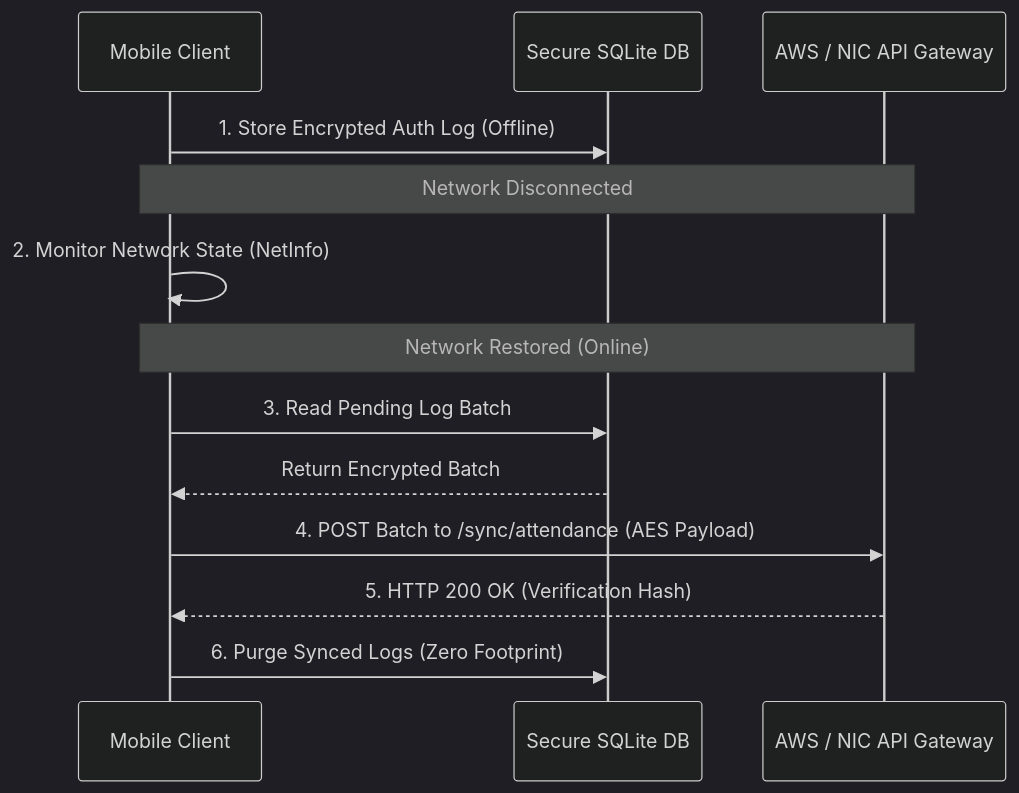
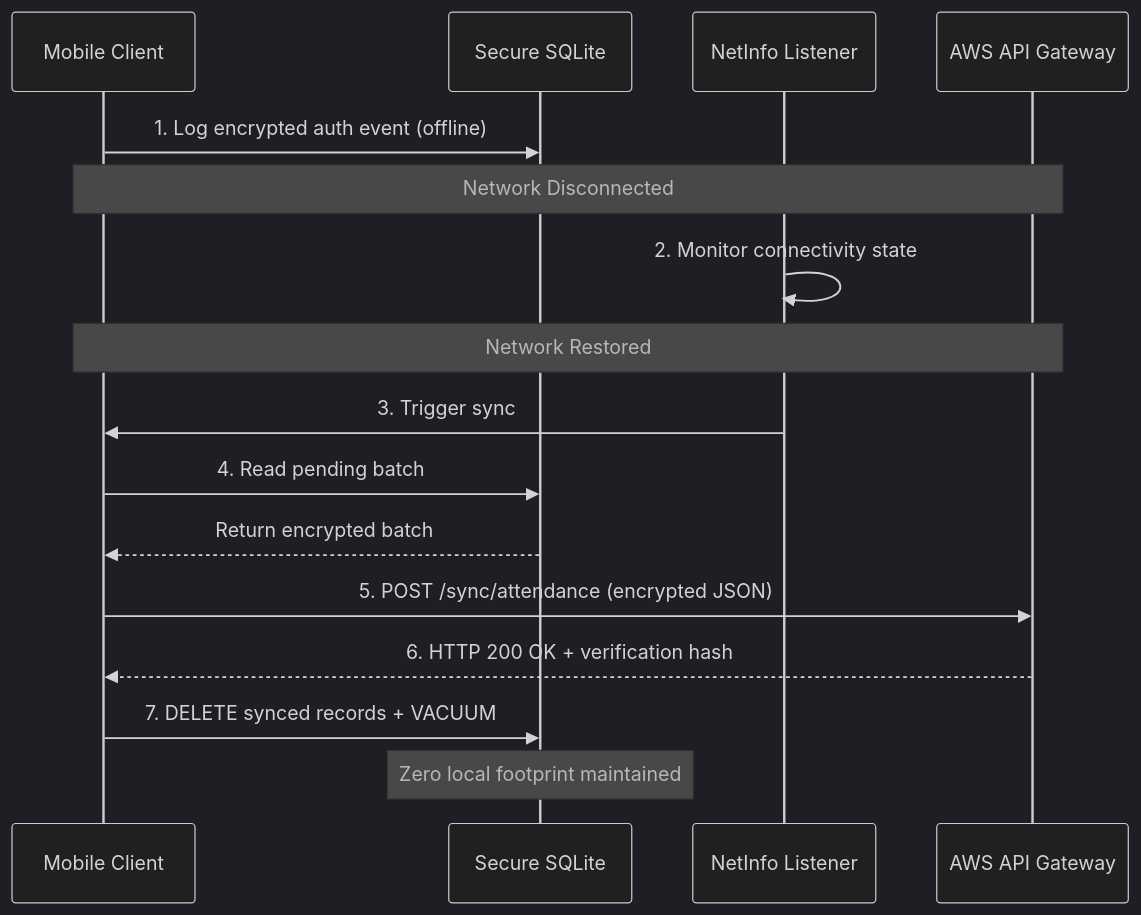
One commit to Anirudh-715/NhaiFaceAuth changed the fourth of 4 diagrams in NHAI_FaceAuth_Proposal.md. Above: the diagram before and after it, drawn with Mermaid (dark theme). The commit also changed other lines of this file and 1 other file, not shown here.

Commit message:
Update official proposal document with complete anti-spoofing architecture and Datalake 3.0 integration guide

````diff
--- a/NHAI_FaceAuth_Proposal.md
+++ b/NHAI_FaceAuth_Proposal.md
@@ -228,16 +364,19 @@
 ```mermaid
 sequenceDiagram
     participant App as Mobile Client
-    participant DB as Secure SQLite DB
-    participant AWS as AWS / NIC API Gateway
-    
-    App->>DB: 1. Store Encrypted Auth Log (Offline)
+    participant DB as Secure SQLite
+    participant Net as NetInfo Listener
+    participant AWS as AWS API Gateway
+
+    App->>DB: 1. Log encrypted auth event (offline)
     Note over App,AWS: Network Disconnected
-    App->>App: 2. Monitor Network State (NetInfo)
-    Note over App,AWS: Network Restored (Online)
-    App->>DB: 3. Read Pending Log Batch
-    DB-->>App: Return Encrypted Batch
-    App->>AWS: 4. POST Batch to /sync/attendance (AES Payload)
-    AWS-->>App: 5. HTTP 200 OK (Verification Hash)
-    App->>DB: 6. Purge Synced Logs (Zero Footprint)
+    Net->>Net: 2. Monitor connectivity state
+    Note over App,AWS: Network Restored
+    Net->>App: 3. Trigger sync
+    App->>DB: 4. Read pending batch
+    DB-->>App: Return encrypted batch
+    App->>AWS: 5. POST /sync/attendance (encrypted JSON)
+    AWS-->>App: 6. HTTP 200 OK + verification hash
+    App->>DB: 7. DELETE synced records + VACUUM
+    Note over DB: Zero local footprint maintained
 ```
````
